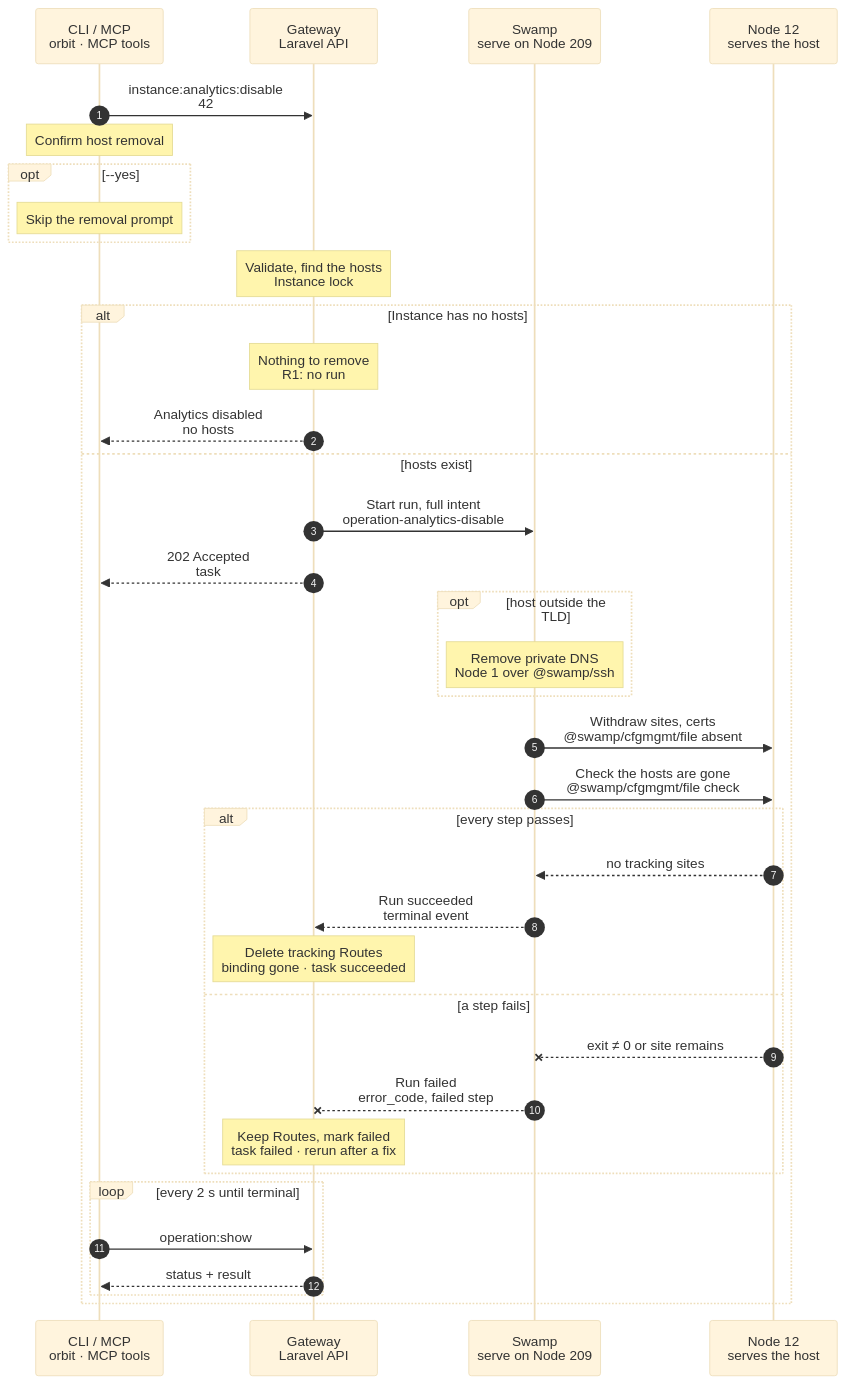
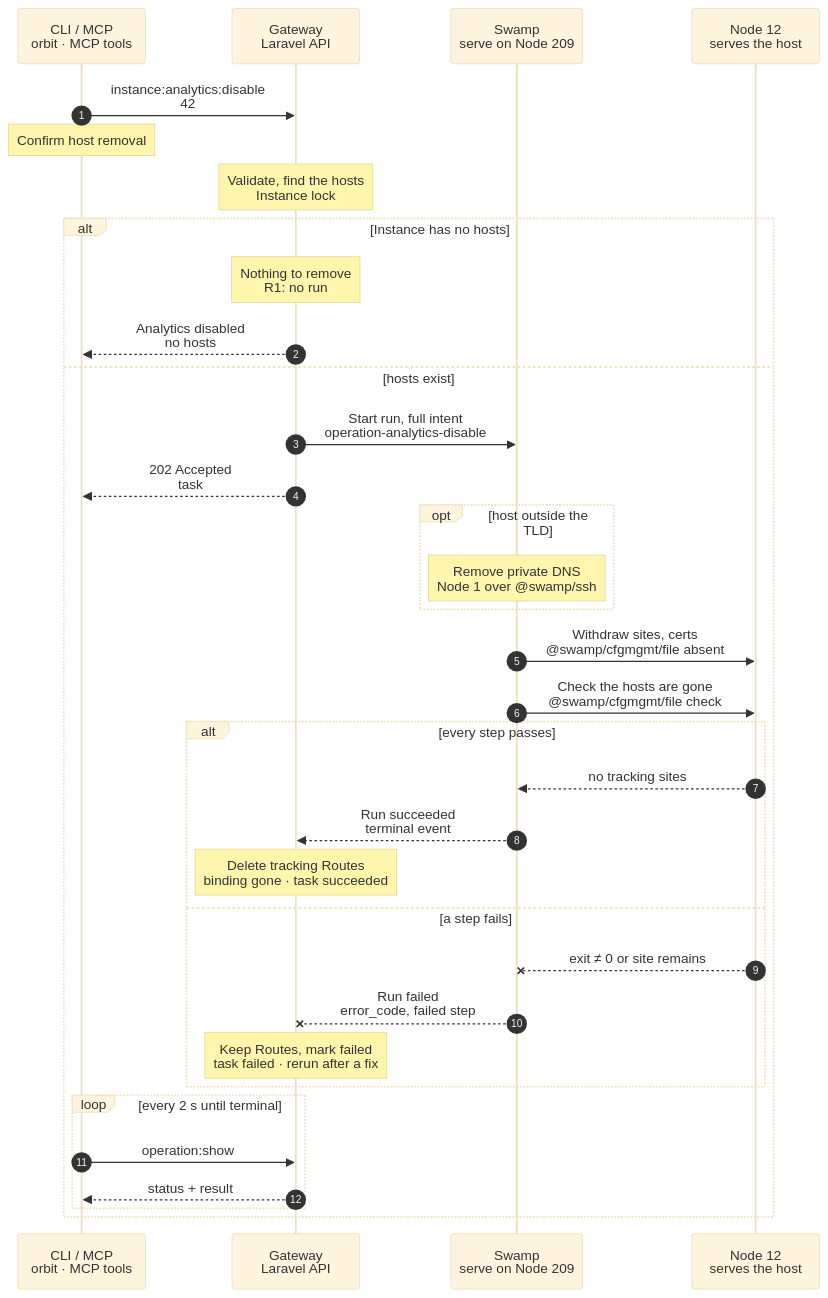
One commit to hardimpactdev/orbit changed the diagram in docs/cli/instance/analytics-disable.mmd. Above: the diagram before and after it, drawn with Mermaid (base theme). The commit also changed 2 other files, not shown here.

Commit message:
docs(instance): keep the prompt-skipping --yes and transfer --force in notes, not opt blocks

```diff
--- a/docs/cli/instance/analytics-disable.mmd
+++ b/docs/cli/instance/analytics-disable.mmd
@@ -1,117 +1,112 @@
 sequenceDiagram
   %% Target design: ADR 0244 task, Recall analytics-plausible-via-swamp (disable keeps the Plausible site), DECISIONS, R1-R4. docs/reference/analytics.md.
   %% Tightened: flow-tighten 2026-11-02, rules 3, 8, 17, 22 (DNS first and only outside the TLD; sites and certificates withdrawn in one step, as route:destroy does).
   %% status: draft
   %% command: instance:analytics:disable
   %% kind: analytics.disable
   autonumber
   %% lane CLI icon=terminal pill=caller tone=gray
   %% lane GW icon=gateway pill=intent tone=blue
   %% lane SW icon=workflow pill=executes tone=green
   %% lane N icon=server pill=target tone=amber
   participant CLI as CLI / MCP<br/>orbit · MCP tools
   participant GW as Gateway<br/>Laravel API
   participant SW as Swamp<br/>serve on Node 209
   participant N as Node 12<br/>serves the host
   CLI->>GW: instance:analytics:disable<br/>42
   %%> Command:
   %%> - `orbit instance:analytics:disable 42`
   %%> - syntax: `<instance> [--yes] [--json]`
   %%> Confirmation:
   %%> - without `--yes`, the CLI asks first; the default is No
   %%> - without a terminal, or with `--json`, `--yes` is required (`input.confirmation_required`)
   %%> What it does:
   %%> - removes every tracking host of Instance 42; Plausible keeps the site and its history
   Note over CLI: Confirm host removal
   %%> What it does:
   %%> - asks for default-No consent before sending the disable request
-  opt --yes
-    Note over CLI: Skip the removal prompt
-    %%> What it changes:
-    %%> - supplies consent without the default-No prompt; required for noninteractive or JSON calls
-  end
   Note over GW: Validate, find the hosts<br/>Instance lock
   %%> Requirements:
   %%> - your Node has an access grant to Node 12
   %%> - no other analytics or Route change runs for Instance 42; the Gateway holds one lock
   %%> Decides:
   %%> - whether any tracking host exists
   alt Instance has no hosts
     Note over GW: Nothing to remove<br/>R1: no run
     %%> Result:
     %%> - nothing changes; no Swamp run starts (R1)
     GW-->>CLI: Analytics disabled<br/>no hosts
     %%> What you get:
     %%> - the final result at once; there is nothing to follow
   else hosts exist
     GW->>SW: Start run, full intent<br/>operation-analytics-disable
     %%> What it does:
     %%> - records task #5127 and starts one Swamp run on serve (Node 209)
     %%> Inputs:
     %%> - the tracking sites and certificates to remove, and their DNS records
     %%> - Node 12's address and SSH host keys; the SSH identity comes from the `swamp` role
     %%> Not included:
     %%> - Plausible credentials; disable does not call Plausible
     GW-->>CLI: 202 Accepted<br/>task #5127
     %%> What you get:
     %%> - the task number, at once
     %%> Next:
     %%> - the CLI follows the task with `operation:show`
     opt host outside the TLD
       Note over SW: Remove private DNS<br/>Node 1 over @swamp/ssh
       %%> When:
       %%> - only for a tracking host outside the Cluster or Node TLD; private DNS answers the whole TLD
       %%> What it does:
       %%> - removes the hosts' private DNS records and waits the 31-second grace
       %%> How:
       %%> - over SSH from 209 to the VPN Node (Node 1), with the `swamp` role's key
       %%> Why first:
       %%> - unpublish before removing: the name stops resolving before its site leaves
     end
     SW->>N: Withdraw sites, certs<br/>@swamp/cfgmgmt/file absent
     %%> How:
     %%> - over SSH from 209 with `@swamp/ssh` and `@swamp/cfgmgmt/file`; `caddy validate` as one `@swamp/ssh exec`, then a reload
     %%> What it does:
     %%> - removes only the tracking sections; other sites stay; validates, then reloads Caddy without a restart
     %%> - on a Router, then removes the tracking certificates in the same step; tracking hosts on a Node-scoped Route have no Orbit certificate
     %%> Why one step:
     %%> - the mirror of `instance:analytics:enable`, and of `route:destroy`; the site goes before its certificate, so no read of the loaded config runs first
     SW->>N: Check the hosts are gone<br/>@swamp/cfgmgmt/file check
     %%> What it does:
     %%> - reads the loaded Caddy config and checks no tracking site remains
     alt every step passes
       N-->>SW: no tracking sites
       %%> Returns:
       %%> - the check passed
       SW-->>GW: Run succeeded<br/>terminal event
       %%> How the Gateway learns it:
       %%> - its shared run reader sees the terminal event; Swamp never calls the Gateway
       Note over GW: Delete tracking Routes<br/>binding gone · task succeeded
       %%> Result:
       %%> - the tracking Routes and the site binding are deleted
       %%> - the Plausible site, its history and its goals stay
       %%> - task #5127 succeeds
     else a step fails
       N--xSW: exit ≠ 0 or site remains
       %%> When:
       %%> - Caddy refuses the config, SSH fails, or a tracking site is still loaded
       SW--xGW: Run failed<br/>error_code, failed step
       %%> The Gateway reads:
       %%> - which step failed and its error code
       Note over GW: Keep Routes, mark failed<br/>task failed · rerun after a fix
       %%> Result:
       %%> - the tracking Routes and the site binding stay, marked failed; task #5127 fails
       %%> On the Node:
       %%> - sections already withdrawn stay withdrawn; there is no rollback
       %%> Retry:
       %%> - run the same command again; it skips what is already gone
     end
     loop every 2 s until terminal
       CLI->>GW: operation:show #5127
       %%> What it does:
       %%> - asks for the task's status every 2 seconds until it has ended
       GW-->>CLI: status + result
       %%> Returns:
       %%> - the current status, and the result once the task has ended
     end
   end
```
